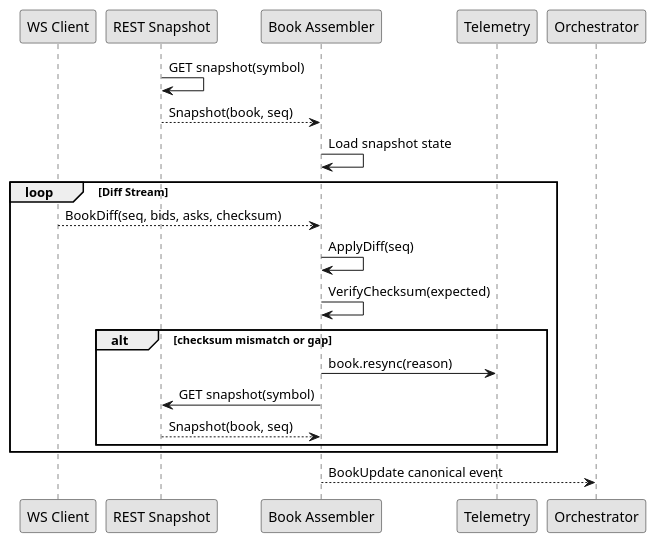
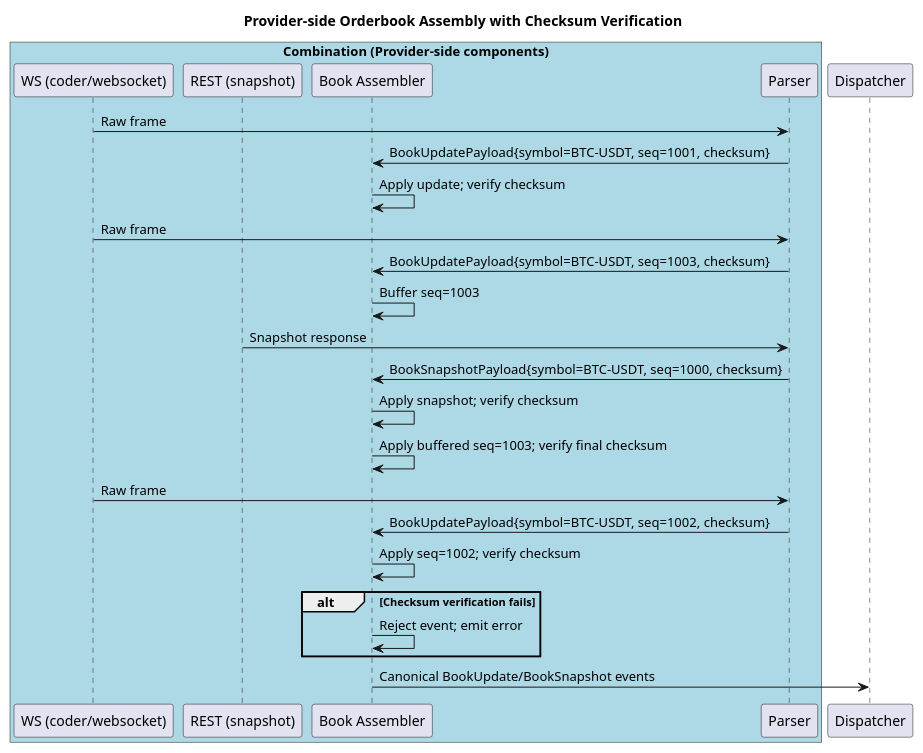
Before and after one commit to coachpo/meltica-gateway: the diagram in docs/diagrams/orderbook-assembly-seq.puml, drawn with PlantUML. The commit also changed 217 other files, not shown here.

```diff
--- a/docs/diagrams/orderbook-assembly-seq.puml
+++ b/docs/diagrams/orderbook-assembly-seq.puml
@@ -1,27 +1,35 @@
-@startuml orderbook-assembly-seq
-skinparam monochrome true
+@startuml
+title Provider-side Orderbook Assembly with Checksum Verification
 
-participant "WS Client" as WS
-participant "REST Snapshot" as REST
-participant "Book Assembler" as Assembler
-participant "Telemetry" as Telemetry
-participant "Orchestrator" as Orchestrator
+box "Combination (Provider-side components)" #LightBlue
+  participant "WS (coder/websocket)" as WS
+  participant "REST (snapshot)" as REST
+  participant "Book Assembler" as BA
+  participant "Parser" as Parser
+end box
 
-REST -> REST : GET snapshot(symbol)
-REST --> Assembler : Snapshot(book, seq)
-Assembler -> Assembler : Load snapshot state
+participant "Dispatcher" as Disp
 
-loop Diff Stream
-  WS --> Assembler : BookDiff(seq, bids, asks, checksum)
-  Assembler -> Assembler : ApplyDiff(seq)
-  Assembler -> Assembler : VerifyChecksum(expected)
-  alt checksum mismatch or gap
-    Assembler -> Telemetry : book.resync(reason)
-    Assembler -> REST : GET snapshot(symbol)
-    REST --> Assembler : Snapshot(book, seq)
-  end
+WS -> Parser : Raw frame
+Parser -> BA : BookUpdatePayload{symbol=BTC-USDT, seq=1001, checksum}
+BA -> BA : Apply update; verify checksum
+
+WS -> Parser : Raw frame
+Parser -> BA : BookUpdatePayload{symbol=BTC-USDT, seq=1003, checksum}
+BA -> BA : Buffer seq=1003
+
+REST -> Parser : Snapshot response
+Parser -> BA : BookSnapshotPayload{symbol=BTC-USDT, seq=1000, checksum}
+BA -> BA : Apply snapshot; verify checksum
+BA -> BA : Apply buffered seq=1003; verify final checksum
+
+WS -> Parser : Raw frame
+Parser -> BA : BookUpdatePayload{symbol=BTC-USDT, seq=1002, checksum}
+BA -> BA : Apply seq=1002; verify checksum
+
+alt Checksum verification fails
+  BA -> BA : Reject event; emit error
 end
 
-Assembler --> Orchestrator : BookUpdate canonical event
-
+BA -> Disp : Canonical BookUpdate/BookSnapshot events
 @enduml
```
